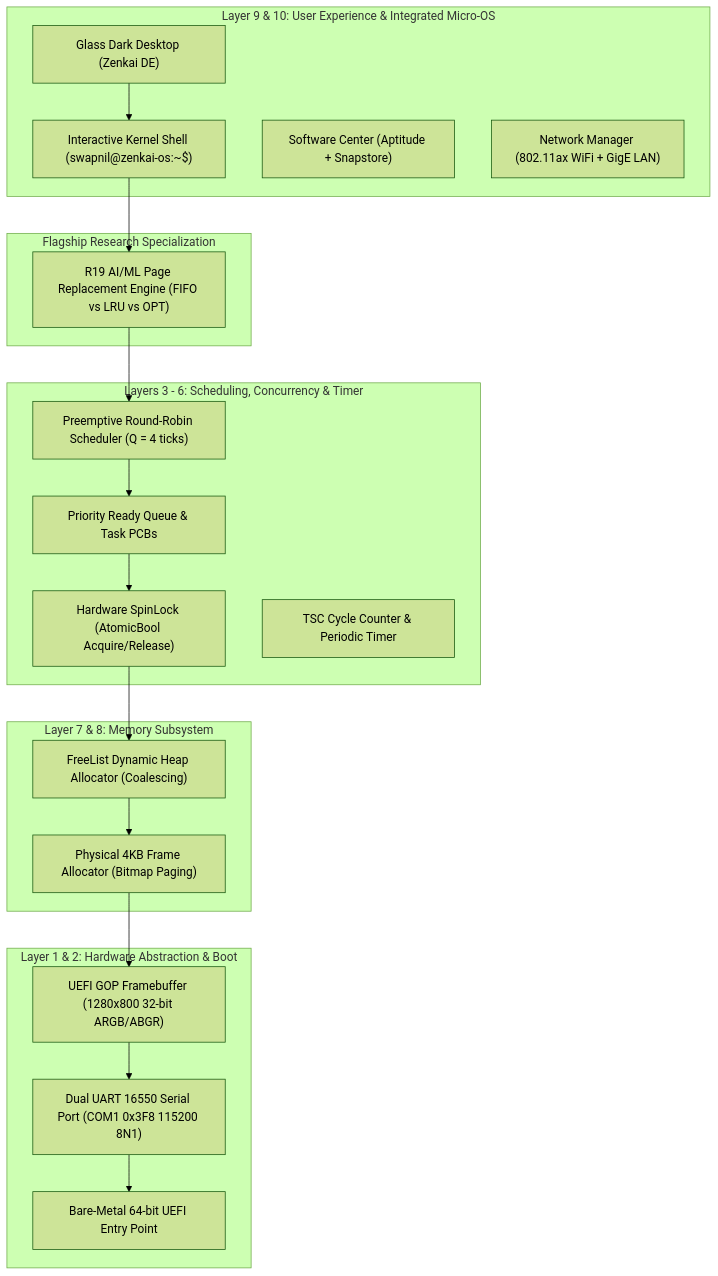
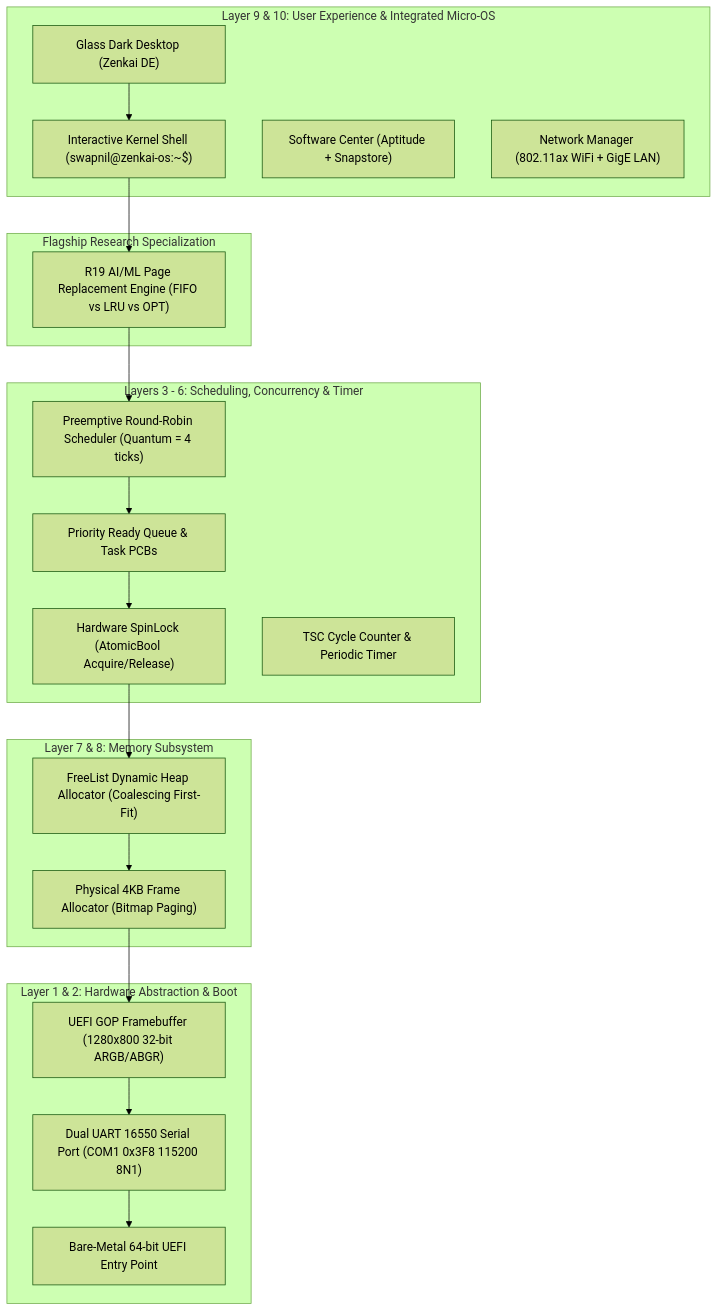
The diagram in README.md (Swapnil-Ghosh06/Zenkai_Os), drawn with Mermaid (forest theme) before and after one commit. The commit also changed other lines of this file and 6 other files, not shown here.

````diff
--- a/README.md
+++ b/README.md
@@ -70,42 +143,42 @@
 ```mermaid
 flowchart TD
     subgraph L9_10["Layer 9 & 10: User Experience & Integrated Micro-OS"]
         UI["Glass Dark Desktop (Zenkai DE)"]
         SHELL["Interactive Kernel Shell (swapnil@zenkai-os:~$)"]
         PKG["Software Center (Aptitude + Snapstore)"]
         NET["Network Manager (802.11ax WiFi + GigE LAN)"]
     end
 
     subgraph R19_MODULE["Flagship Research Specialization"]
         R19["R19 AI/ML Page Replacement Engine (FIFO vs LRU vs OPT)"]
     end
 
     subgraph L3_6["Layers 3 - 6: Scheduling, Concurrency & Timer"]
-        SCHED["Preemptive Round-Robin Scheduler (Q = 4 ticks)"]
+        SCHED["Preemptive Round-Robin Scheduler (Quantum = 4 ticks)"]
         READYQ["Priority Ready Queue & Task PCBs"]
         SYNC["Hardware SpinLock (AtomicBool Acquire/Release)"]
         TIMER["TSC Cycle Counter & Periodic Timer"]
     end
 
     subgraph L7_8["Layer 7 & 8: Memory Subsystem"]
-        HEAP["FreeList Dynamic Heap Allocator (Coalescing)"]
+        HEAP["FreeList Dynamic Heap Allocator (Coalescing First-Fit)"]
         FRAMES["Physical 4KB Frame Allocator (Bitmap Paging)"]
     end
 
     subgraph L1_2["Layer 1 & 2: Hardware Abstraction & Boot"]
         GOP["UEFI GOP Framebuffer (1280x800 32-bit ARGB/ABGR)"]
         SERIAL["Dual UART 16550 Serial Port (COM1 0x3F8 115200 8N1)"]
         UEFI["Bare-Metal 64-bit UEFI Entry Point"]
     end
 
     UI --> SHELL
     SHELL --> R19
     R19 --> SCHED
     SCHED --> READYQ
     READYQ --> SYNC
     SYNC --> HEAP
     HEAP --> FRAMES
     FRAMES --> GOP
     GOP --> SERIAL
     SERIAL --> UEFI
 ```
````
